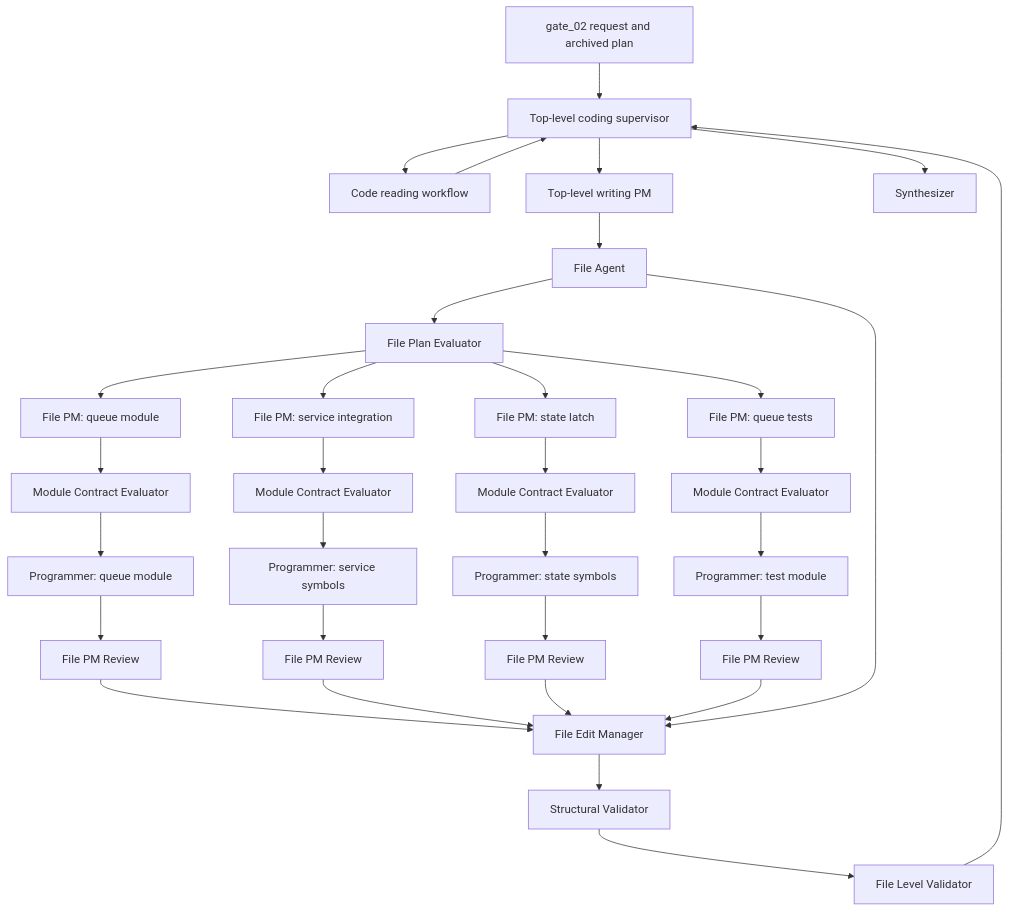
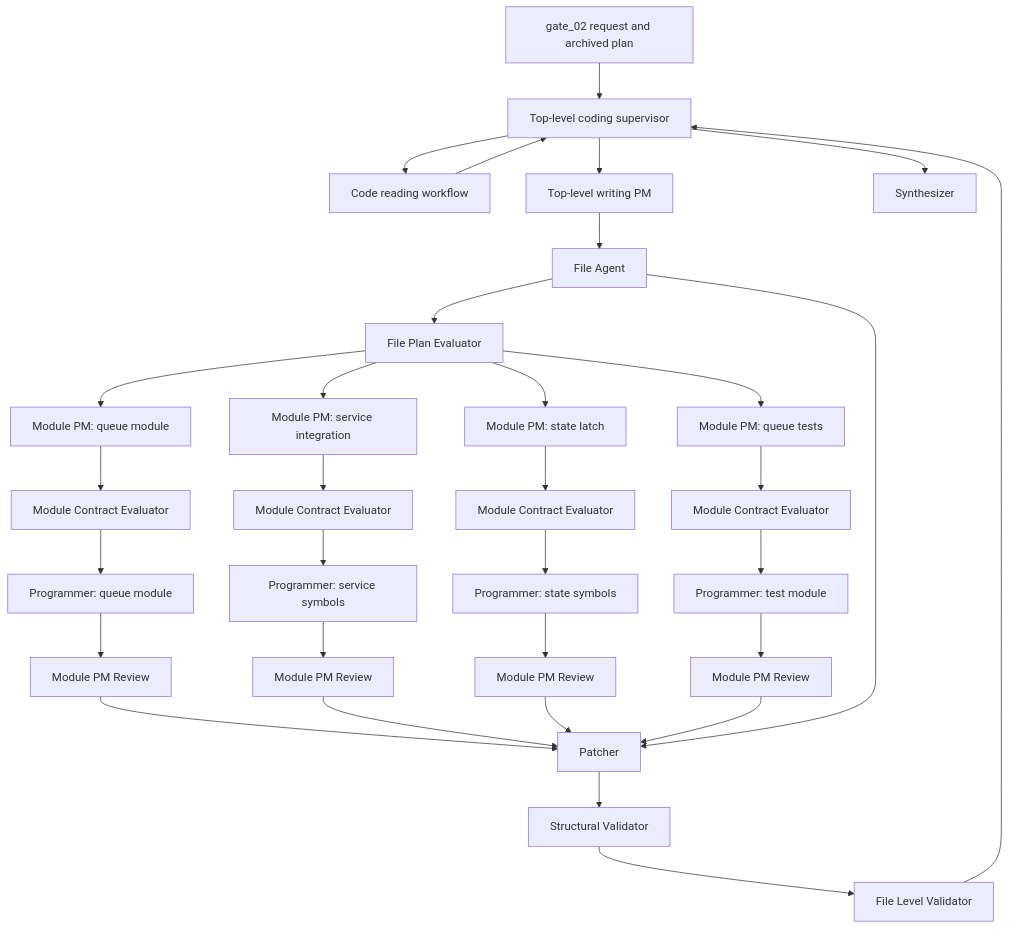
One commit to eamars/KazusaAIChatbot changed the diagram in development_plans/active/short_term/coding_agent_phase2_chat_input_queue_role_io_contract.md. Above: the diagram before and after it, drawn with Mermaid. The commit also changed other lines of this file and 22 other files, not shown here.

````diff
--- a/development_plans/active/short_term/coding_agent_phase2_chat_input_queue_role_io_contract.md
+++ b/development_plans/active/short_term/coding_agent_phase2_chat_input_queue_role_io_contract.md
@@ -60,34 +60,34 @@
 ```mermaid
 flowchart TD
     G[gate_02 request and archived plan] --> S[Top-level coding supervisor]
     S --> R[Code reading workflow]
     R --> S
     S --> WPM[Top-level writing PM]
     WPM --> FA[File Agent]
     FA --> FPE[File Plan Evaluator]
-    FPE --> FPM1[File PM: queue module]
-    FPE --> FPM2[File PM: service integration]
-    FPE --> FPM3[File PM: state latch]
-    FPE --> FPM4[File PM: queue tests]
+    FPE --> FPM1[Module PM: queue module]
+    FPE --> FPM2[Module PM: service integration]
+    FPE --> FPM3[Module PM: state latch]
+    FPE --> FPM4[Module PM: queue tests]
     FPM1 --> MCE1[Module Contract Evaluator]
     FPM2 --> MCE2[Module Contract Evaluator]
     FPM3 --> MCE3[Module Contract Evaluator]
     FPM4 --> MCE4[Module Contract Evaluator]
     MCE1 --> P1[Programmer: queue module]
     MCE2 --> P2[Programmer: service symbols]
     MCE3 --> P3[Programmer: state symbols]
     MCE4 --> P4[Programmer: test module]
-    P1 --> R1[File PM Review]
-    P2 --> R2[File PM Review]
-    P3 --> R3[File PM Review]
-    P4 --> R4[File PM Review]
-    R1 --> FEM[File Edit Manager]
+    P1 --> R1[Module PM Review]
+    P2 --> R2[Module PM Review]
+    P3 --> R3[Module PM Review]
+    P4 --> R4[Module PM Review]
+    R1 --> FEM[Patcher]
     R2 --> FEM
     R3 --> FEM
     R4 --> FEM
     FA --> FEM
     FEM --> SV[Structural Validator]
     SV --> FV[File Level Validator]
     FV --> S
     S --> SYN[Synthesizer]
 ```
````
